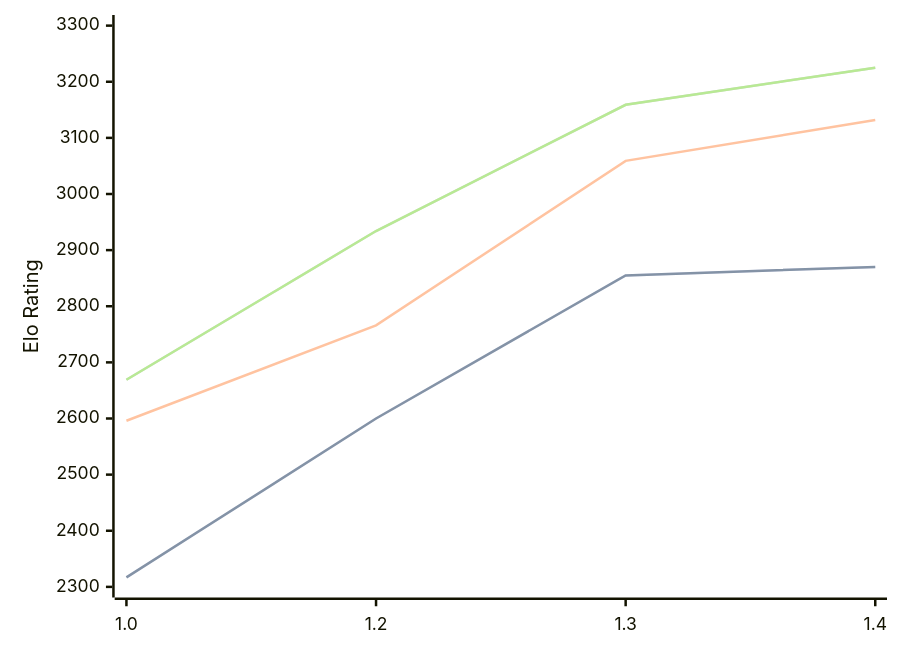
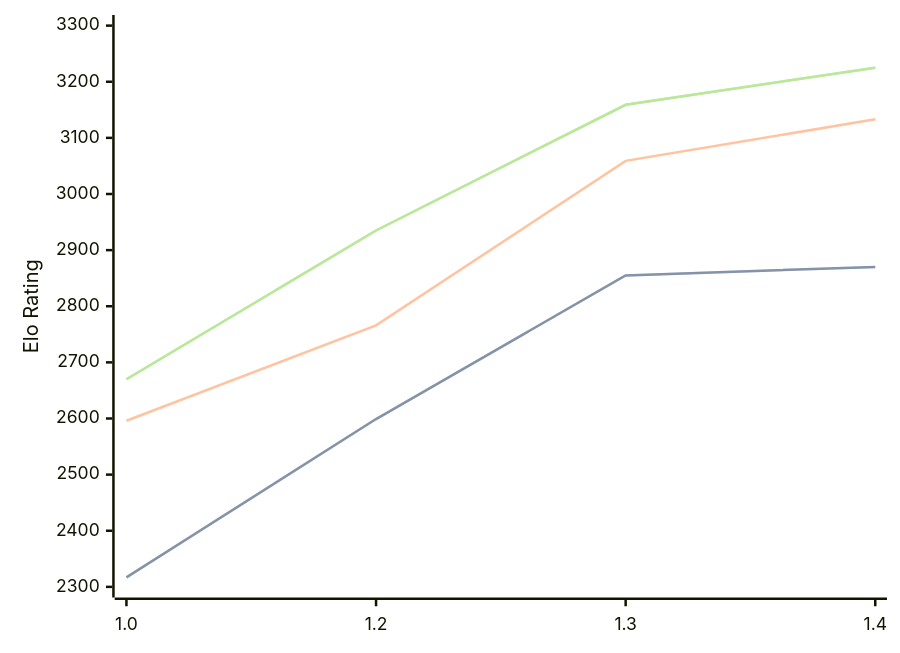
Before and after one commit to computer-chess-index/cci: the diagram in engines/Chessnix.md, drawn with Mermaid. The commit also changed other lines of this file, not shown here.

Commit message:
Update CCI Ratings (ELO VLTC) - 2026-08-19

````diff
--- a/engines/Chessnix.md
+++ b/engines/Chessnix.md
@@ -34,11 +34,11 @@
 ```mermaid
 %%{init: {"theme":"base","themeVariables":{"seriesColors:['#a3a3a3','#222221','#faa371']}}}%%
 xychart-beta
   x-axis ["1.0", "1.2", "1.3", "1.4"]
   y-axis "Elo Rating" 2300 --> 3300
-  line "STC (8.0+0.08s)" [2317, 2600, 2855, 2870]
-  line "STC (8.0+0.08s)" [2317, 2600, 2855, 2870]
-  line "LTC (60.0+0.60s)" [2596, 2766, 3059, 3132]
-  line "VLTC (2m24s+1.12s)" [2669, 2934, 3159, 3225]
-  line "VLTC (2m24s+1.12s)" [2669, 2934, 3159, 3225]
+  line "STC (8.0+0.08s)" [2317, 2599, 2855, 2870]
+  line "STC (8.0+0.08s)" [2317, 2599, 2855, 2870]
+  line "LTC (60.0+0.60s)" [2596, 2766, 3059, 3133]
+  line "VLTC (2m24s+1.12s)" [2670, 2935, 3159, 3225]
+  line "VLTC (2m24s+1.12s)" [2670, 2935, 3159, 3225]
 ```
````
